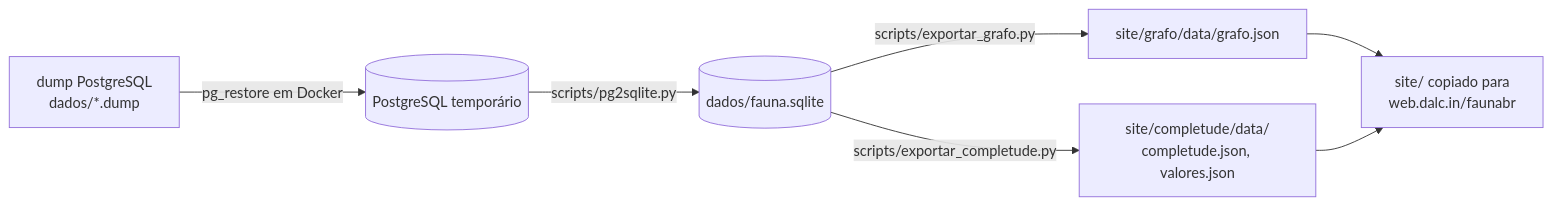
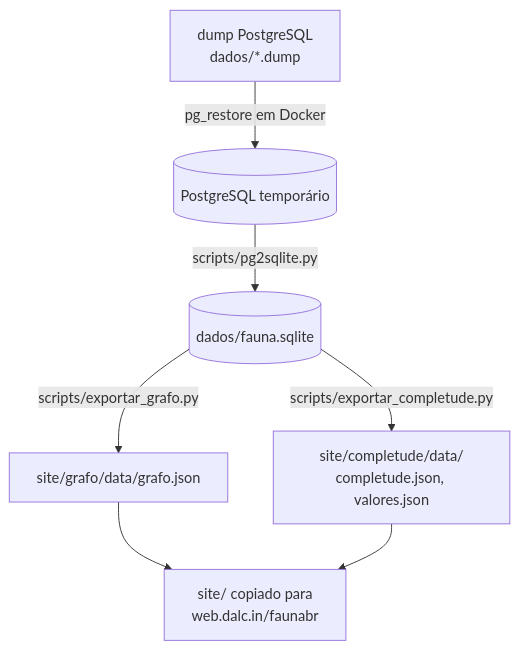
One commit to edalcin/faunaAnalises changed the diagram in README.md. Above: the diagram before and after it, drawn with Mermaid.

Commit message:
Fix mermaid flowchart syntax in README.md

````diff
--- a/README.md
+++ b/README.md
@@ -16,9 +16,9 @@
 ```mermaid
-flowchart LR
+flowchart TD
   D[dump PostgreSQL<br>dados/*.dump] -->|pg_restore em Docker| P[(PostgreSQL temporário)]
   P -->|scripts/pg2sqlite.py| S[(dados/fauna.sqlite)]
   S -->|scripts/exportar_grafo.py| J[site/grafo/data/grafo.json]
   S -->|scripts/exportar_completude.py| C[site/completude/data/<br>completude.json, valores.json]
   J --> W[site/ copiado para<br>web.dalc.in/faunabr]
   C --> W
 ```
````
